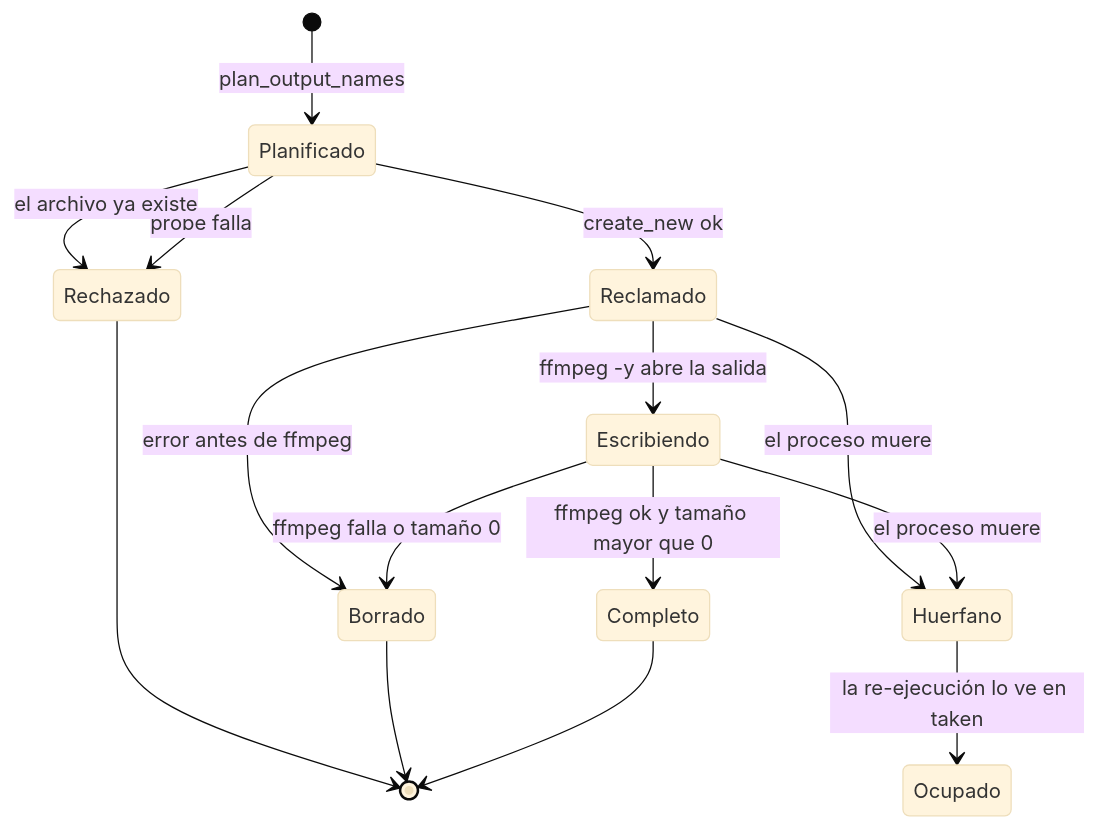
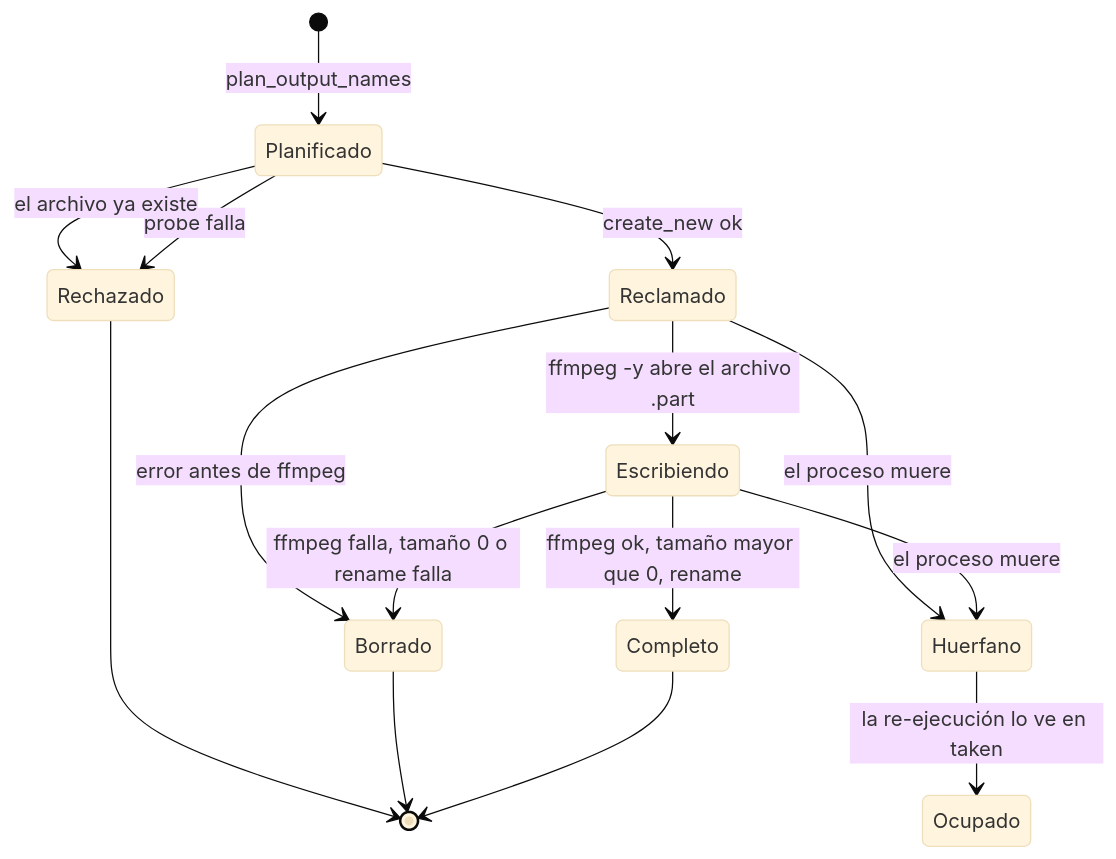
Before and after one commit to s110/resizer: the second of 12 diagrams in docs/codebase/STATE_MACHINES.md, drawn with Mermaid (base theme). The commit also changed other lines of this file, not shown here.

````diff
--- a/docs/codebase/STATE_MACHINES.md
+++ b/docs/codebase/STATE_MACHINES.md
@@ -176,17 +192,17 @@
 ```mermaid
 stateDiagram-v2
     [*] --> Planificado: plan_output_names
     Planificado --> Rechazado: probe falla
     Planificado --> Reclamado: create_new ok
     Planificado --> Rechazado: el archivo ya existe
-    Reclamado --> Escribiendo: ffmpeg -y abre la salida
-    Escribiendo --> Completo: ffmpeg ok y tamaño mayor que 0
-    Escribiendo --> Borrado: ffmpeg falla o tamaño 0
+    Reclamado --> Escribiendo: ffmpeg -y abre el archivo .part
+    Escribiendo --> Completo: ffmpeg ok, tamaño mayor que 0, rename
+    Escribiendo --> Borrado: ffmpeg falla, tamaño 0 o rename falla
     Reclamado --> Borrado: error antes de ffmpeg
     Escribiendo --> Huerfano: el proceso muere
     Reclamado --> Huerfano: el proceso muere
     Completo --> [*]
     Borrado --> [*]
     Rechazado --> [*]
     Huerfano --> Ocupado: la re-ejecución lo ve en taken
 ```
````
